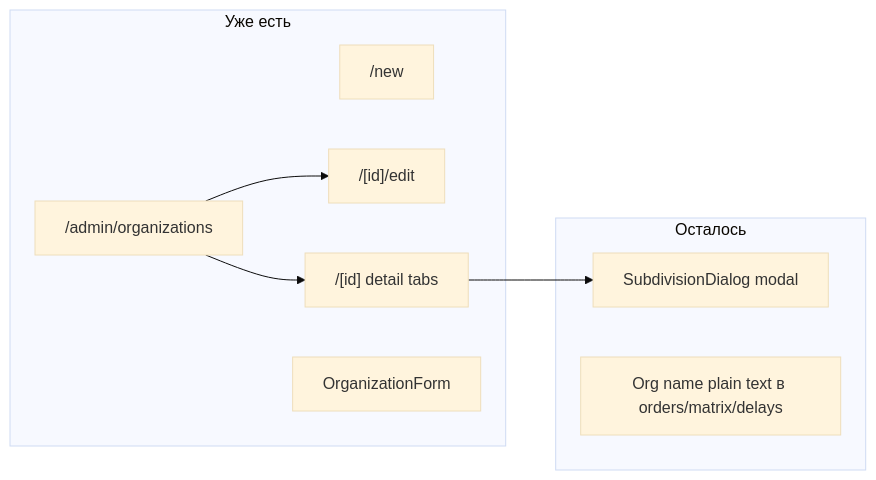
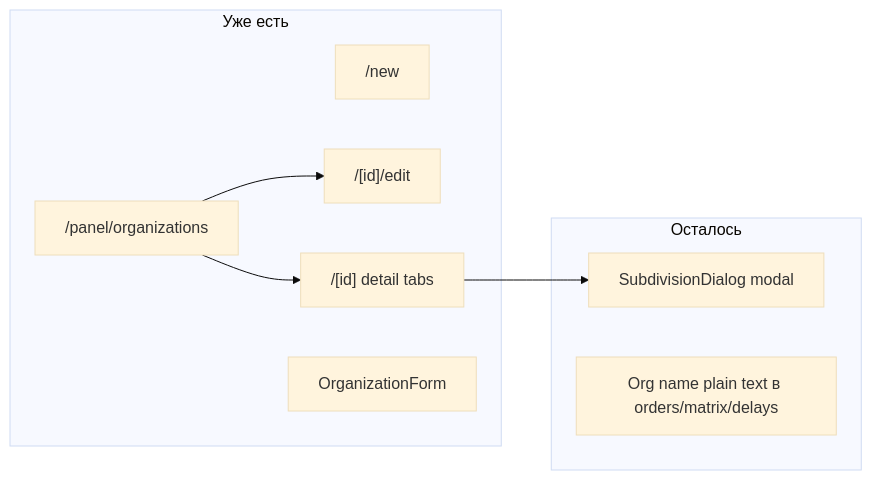
Before and after one commit to butbeautifulv/fstec: the diagram in .cursor/plans/org_edit_pages_links_eac4db5b.plan.md, drawn with Mermaid (base theme). The commit also changed other lines of this file and 204 other files, not shown here.

````diff
--- a/.cursor/plans/org_edit_pages_links_eac4db5b.plan.md
+++ b/.cursor/plans/org_edit_pages_links_eac4db5b.plan.md
@@ -27,17 +27,17 @@
 ```mermaid
 flowchart LR
   subgraph done [Уже есть]
-    OrgList["/admin/organizations"]
+    OrgList["/panel/organizations"]
     OrgNew["/new"]
     OrgEdit["/[id]/edit"]
     OrgDetail["/[id] detail tabs"]
     OrgForm["OrganizationForm"]
   end
   subgraph gap [Осталось]
     SubModal["SubdivisionDialog modal"]
     PlainOrg["Org name plain text в orders/matrix/delays"]
   end
   OrgList --> OrgDetail
   OrgList --> OrgEdit
   OrgDetail --> SubModal
 ```
````
